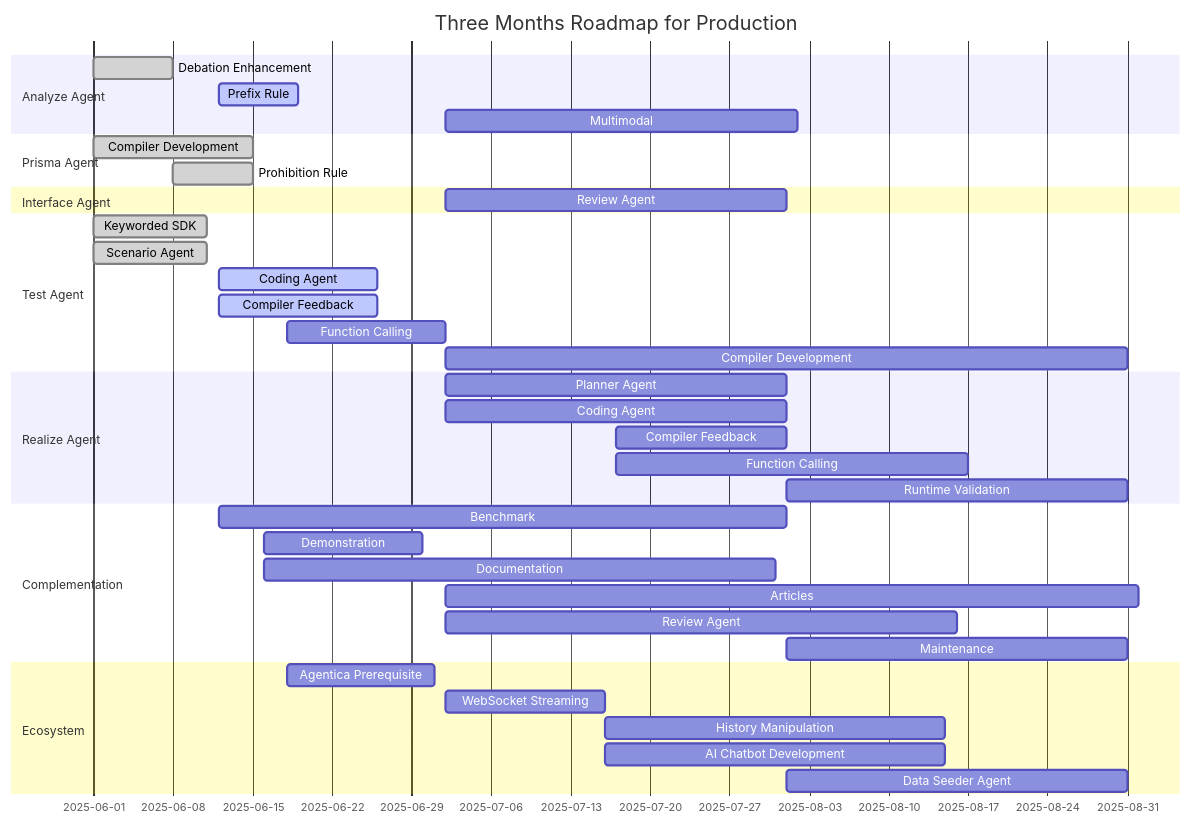
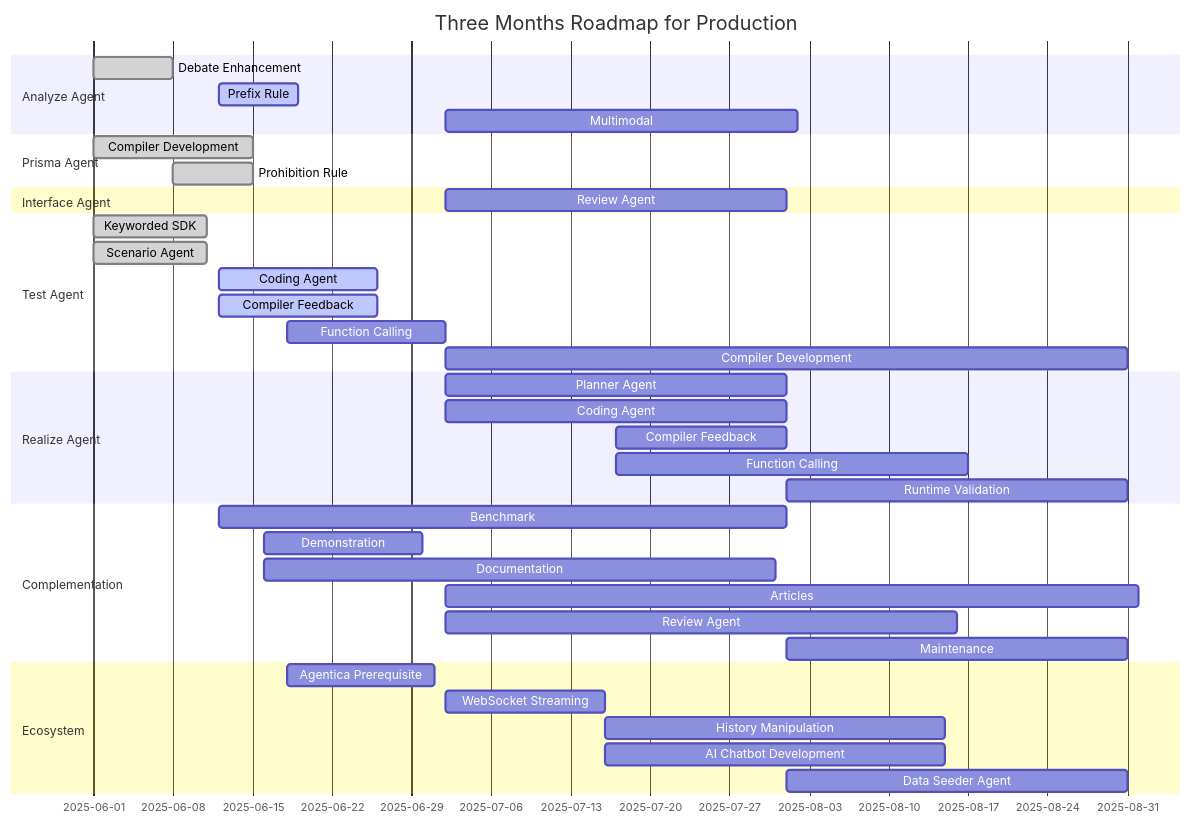
One commit to wrtnlabs/autobe changed the diagram in website/template/AutoBeRoadmapPreface.mdx. Above: the diagram before and after it, drawn with Mermaid.

````diff
--- a/website/template/AutoBeRoadmapPreface.mdx
+++ b/website/template/AutoBeRoadmapPreface.mdx
@@ -1,47 +1,47 @@
 ```mermaid
 gantt
   dateFormat YYYY-MM-DD
   title Three Months Roadmap for Production
 
   section Analyze Agent
-  Debation Enhancement: done,    2025-06-01,  7d
+  Debate Enhancement: done,    2025-06-01,  7d
   Prefix Rule:          active,  2025-06-12,  7d
   Multimodal:           planned, 2025-07-02, 31d
 
   section Prisma Agent
   Compiler Development: done,    2025-06-01, 14d
   Prohibition Rule:     done,    2025-06-08,  7d
 
   section Interface Agent
   Review Agent: planned, 2025-07-02, 30d
 
   section Test Agent
   Keyworded SDK:        done,    2025-06-01, 10d
   Scenario Agent:       done,    2025-06-01, 10d        
   Coding Agent:         active,  2025-06-12, 14d
   Compiler Feedback:    active,  2025-06-12, 14d
   Function Calling:     planned, 2025-06-18, 14d
   Compiler Development: planned, 2025-07-02, 60d
 
   section Realize Agent
   Planner Agent:      planned, 2025-07-02, 30d
   Coding Agent:       planned, 2025-07-02, 30d
   Compiler Feedback:  planned, 2025-07-17, 15d
   Function Calling:   planned, 2025-07-17, 31d
   Runtime Validation: planned, 2025-08-01, 30d
 
   section Complementation
   Benchmark:     planned, 2025-06-12, 50d
   Demonstration: planned, 2025-06-16, 14d
   Documentation: planned, 2025-06-16, 45d
   Articles:      planned, 2025-07-02, 61d
   Review Agent:  planned, 2025-07-02, 45d
   Maintenance:   planned, 2025-08-01, 30d
 
   section Ecosystem
   Agentica Prerequisite:  planned, 2025-06-18, 13d
   WebSocket Streaming:    planned, 2025-07-02, 14d
   History Manipulation:   planned, 2025-07-16, 30d
   AI Chatbot Development: planned, 2025-07-16, 30d
   Data Seeder Agent:      planned, 2025-08-01, 30d
 ```
````
